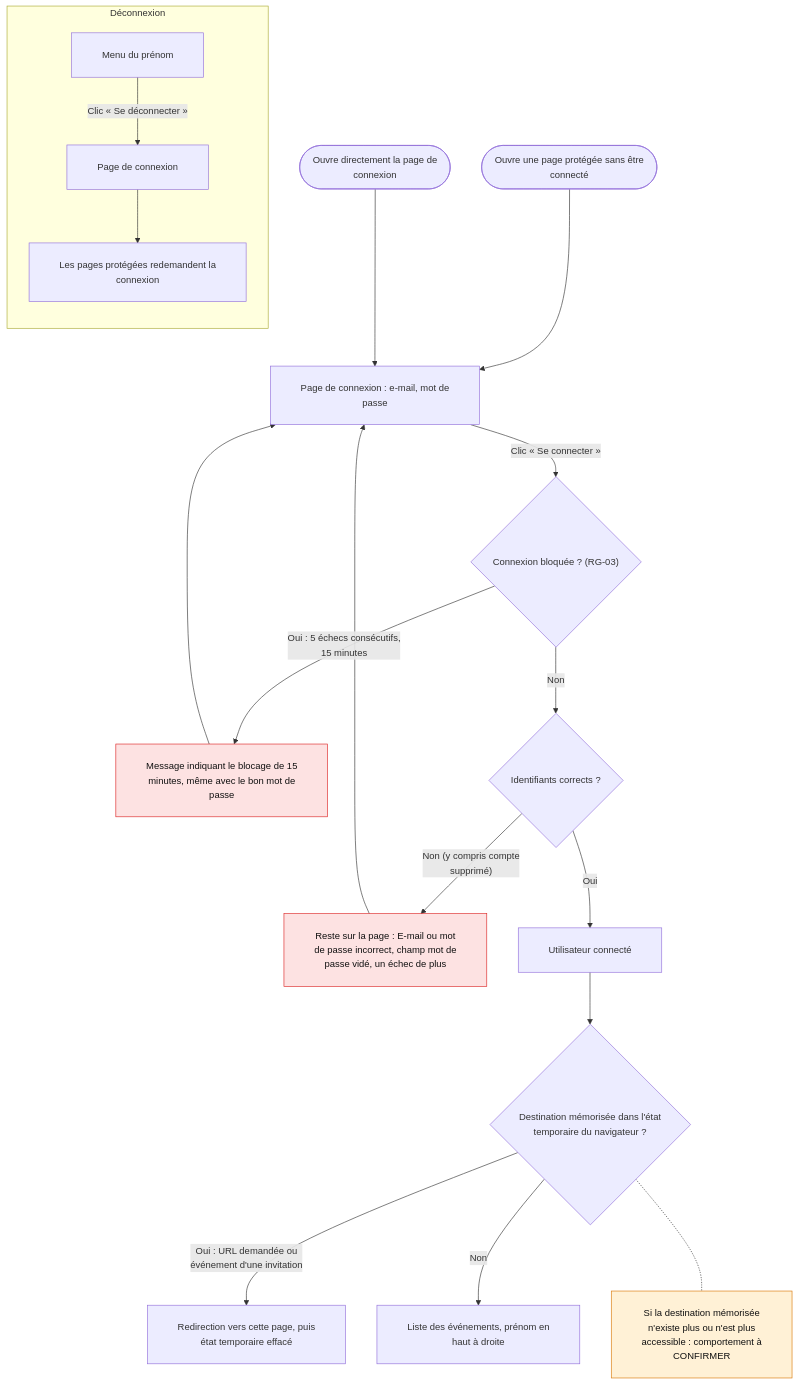
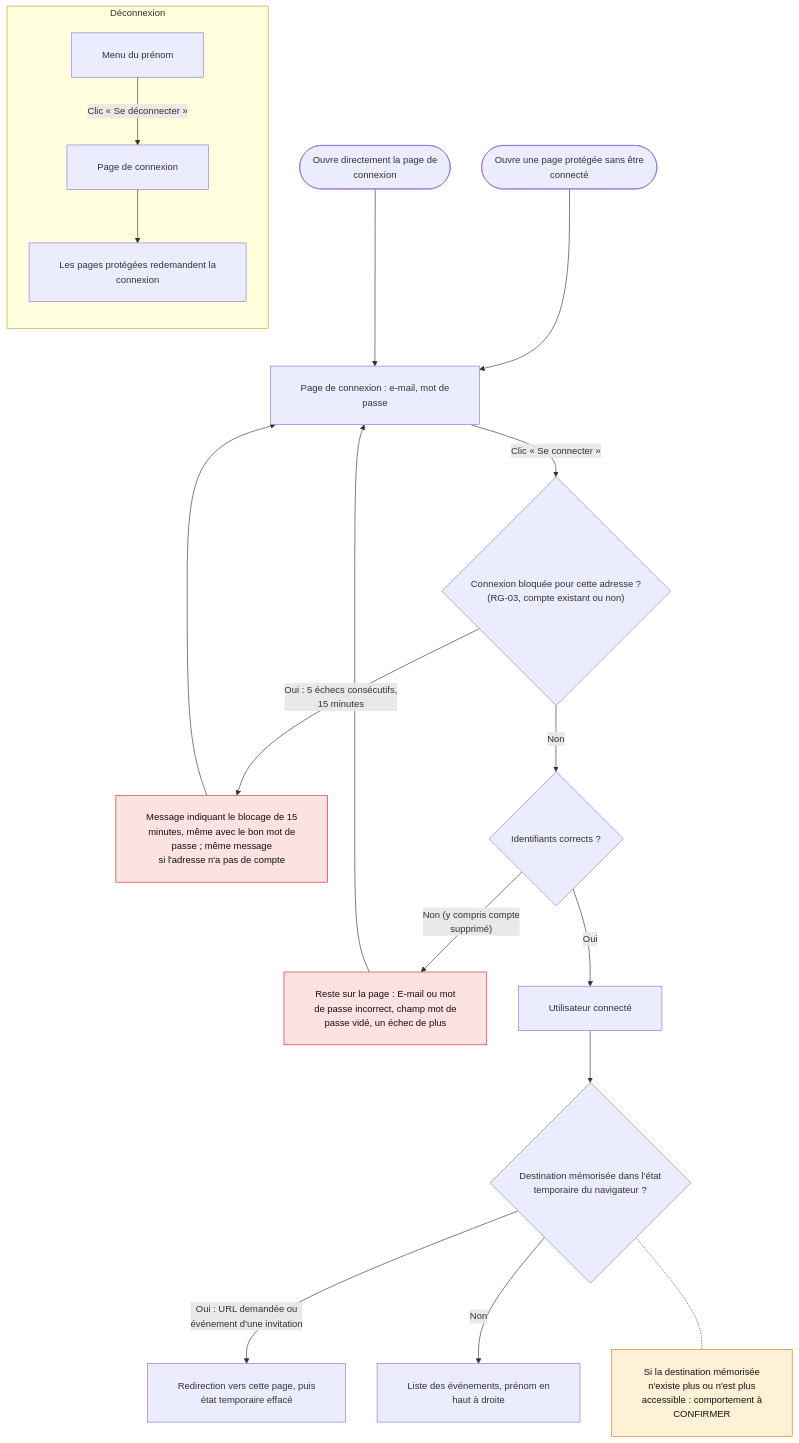
Before and after one commit to nathanjouannon/Creno: the diagram in docs/flows/02-connexion-deconnexion.mmd, drawn with Mermaid. The commit also changed 15 other files, not shown here.

Commit message:
docs(archi): add architecture.md file and update the rest of the doc with the choice made

```diff
--- a/docs/flows/02-connexion-deconnexion.mmd
+++ b/docs/flows/02-connexion-deconnexion.mmd
@@ -1,33 +1,33 @@
 %%{init: {"flowchart": {"htmlLabels": true, "wrappingWidth": 360, "padding": 24, "nodeSpacing": 50, "rankSpacing": 60, "curve": "basis"}, "themeVariables": {"fontSize": "15px"}}}%%
 %% Connexion et déconnexion (F-02, RG-03)
 %% Légende : rectangle = écran, stade = action, losange = décision, rouge = erreur / refus, orange = à confirmer
 flowchart TD
     classDef error fill:#fde2e2,stroke:#dc2626,color:#111
     classDef todo fill:#fff1d6,stroke:#d97706,color:#111
 
     S(["Ouvre une page protégée sans être<br/>connecté"]) --> L["Page de connexion : e-mail, mot de<br/>passe"]
     S2(["Ouvre directement la page de<br/>connexion"]) --> L
 
-    L -->|"Clic « Se connecter »"| C{"Connexion bloquée ? (RG-03)"}
-    C -->|"Oui : 5 échecs consécutifs,<br/>15 minutes"| E1["Message indiquant le blocage de 15<br/>minutes, même avec le bon mot de<br/>passe"]:::error
+    L -->|"Clic « Se connecter »"| C{"Connexion bloquée pour cette adresse ?<br/>(RG-03, compte existant ou non)"}
+    C -->|"Oui : 5 échecs consécutifs,<br/>15 minutes"| E1["Message indiquant le blocage de 15<br/>minutes, même avec le bon mot de<br/>passe ; même message<br/>si l'adresse n'a pas de compte"]:::error
     E1 --> L
     C -->|"Non"| D{"Identifiants corrects ?"}
     D -->|"Non (y compris compte<br/>supprimé)"| E2["Reste sur la page : E-mail ou mot<br/>de passe incorrect, champ mot de<br/>passe vidé, un échec de plus"]:::error
     E2 --> L
     D -->|"Oui"| OK["Utilisateur connecté"]
     OK --> T{"Destination mémorisée dans l'état<br/>temporaire du navigateur ?"}
     T -->|"Oui : URL demandée ou<br/>événement d'une invitation"| P1["Redirection vers cette page, puis<br/>état temporaire effacé"]
     T -->|"Non"| P2["Liste des événements, prénom en<br/>haut à droite"]
 
     %% La destination est mémorisée avant d'arriver sur la page de connexion :
     %% - URL protégée ouverte sans être connecté (flux 00)
     %% - événement d'une invitation (flux 01)
     %% L'état temporaire est une mémoire du navigateur (par exemple un store de type Zustand), choix technique laissé à la phase architecture.
     NOTE["Si la destination mémorisée<br/>n'existe plus ou n'est plus<br/>accessible : comportement à<br/>CONFIRMER"]:::todo
     T -.- NOTE
 
     subgraph OUT["Déconnexion"]
         direction TB
         O1["Menu du prénom"] -->|"Clic « Se déconnecter »"| O2["Page de connexion"]
         O2 --> O3["Les pages protégées redemandent la<br/>connexion"]
     end
```
